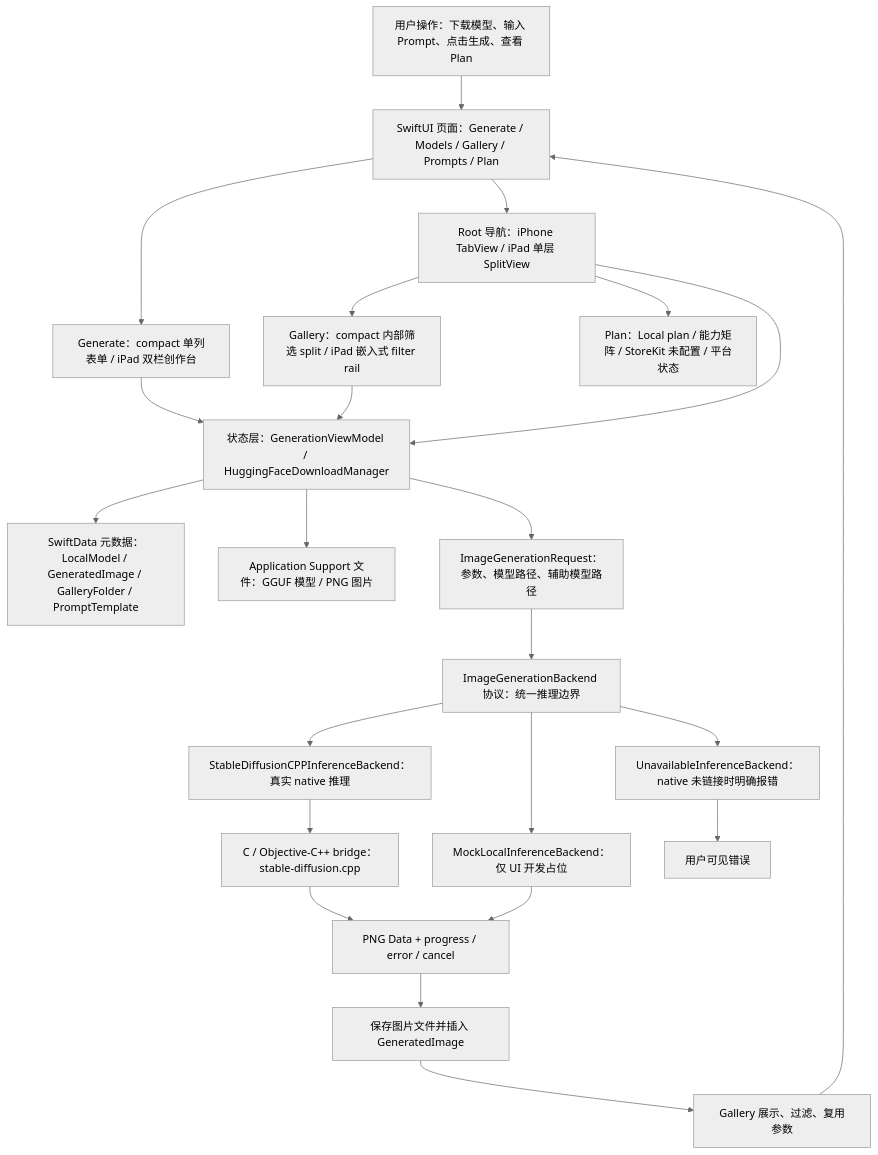
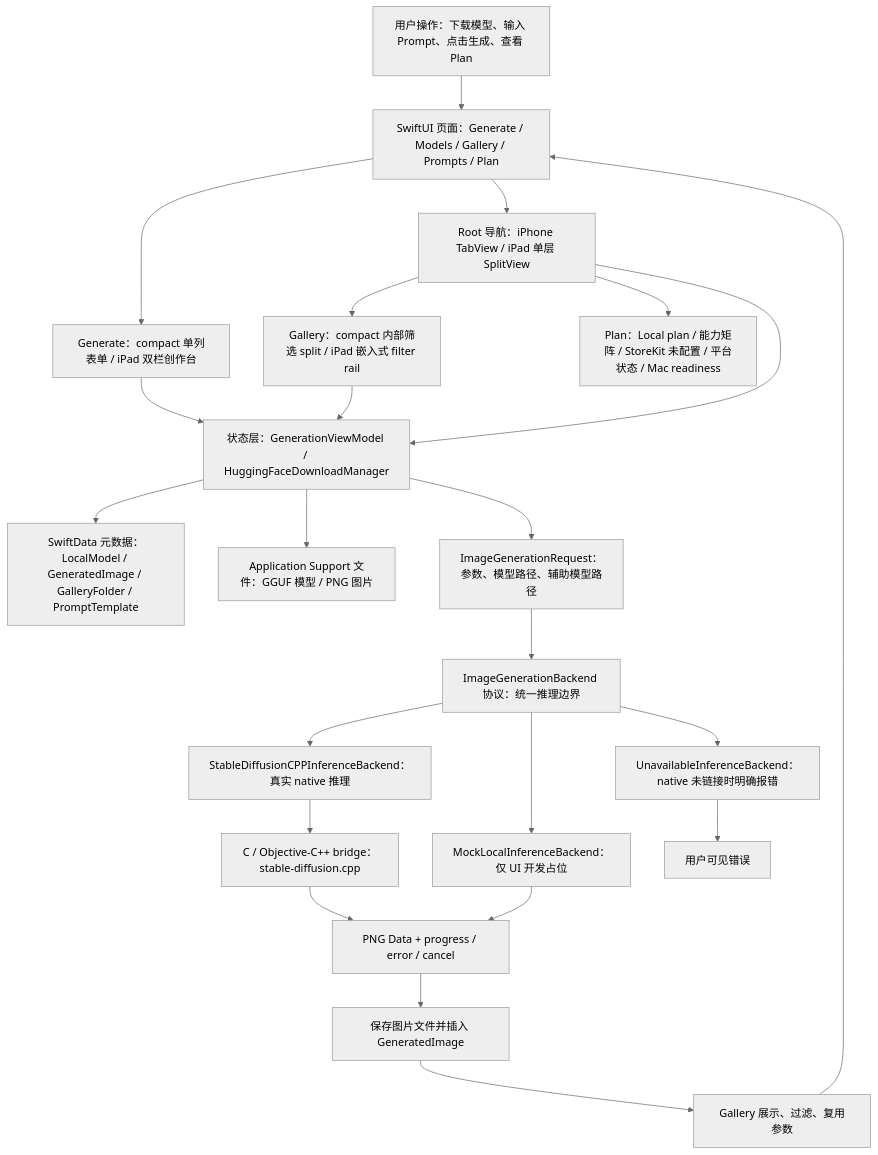
One commit to Altman-sam114/118 changed the first of 7 diagrams in md/flow/flowchart.md. Above: the diagram before and after it, drawn with Mermaid (neutral theme). The commit also changed 5 other files, not shown here.

````diff
--- a/md/flow/flowchart.md
+++ b/md/flow/flowchart.md
@@ -9,25 +9,25 @@
 ```mermaid
 flowchart TD
   U["用户操作：下载模型、输入 Prompt、点击生成、查看 Plan"] --> UI["SwiftUI 页面：Generate / Models / Gallery / Prompts / Plan"]
   UI --> GENUI["Generate：compact 单列表单 / iPad 双栏创作台"]
   UI --> NAV["Root 导航：iPhone TabView / iPad 单层 SplitView"]
   NAV --> GALUI["Gallery：compact 内部筛选 split / iPad 嵌入式 filter rail"]
-  NAV --> PLANUI["Plan：Local plan / 能力矩阵 / StoreKit 未配置 / 平台状态"]
+  NAV --> PLANUI["Plan：Local plan / 能力矩阵 / StoreKit 未配置 / 平台状态 / Mac readiness"]
   NAV --> VM["状态层：GenerationViewModel / HuggingFaceDownloadManager"]
   GENUI --> VM
   GALUI --> VM
   VM --> SD["SwiftData 元数据：LocalModel / GeneratedImage / GalleryFolder / PromptTemplate"]
   VM --> FS["Application Support 文件：GGUF 模型 / PNG 图片"]
   VM --> REQ["ImageGenerationRequest：参数、模型路径、辅助模型路径"]
   REQ --> IFACE["ImageGenerationBackend 协议：统一推理边界"]
   IFACE --> NATIVE["StableDiffusionCPPInferenceBackend：真实 native 推理"]
   IFACE --> MOCK["MockLocalInferenceBackend：仅 UI 开发占位"]
   IFACE --> OFF["UnavailableInferenceBackend：native 未链接时明确报错"]
   NATIVE --> BRIDGE["C / Objective-C++ bridge：stable-diffusion.cpp"]
   BRIDGE --> PNG["PNG Data + progress / error / cancel"]
   MOCK --> PNG
   OFF --> ERR["用户可见错误"]
   PNG --> SAVE["保存图片文件并插入 GeneratedImage"]
   SAVE --> GALLERY["Gallery 展示、过滤、复用参数"]
   GALLERY --> UI
 ```
````
